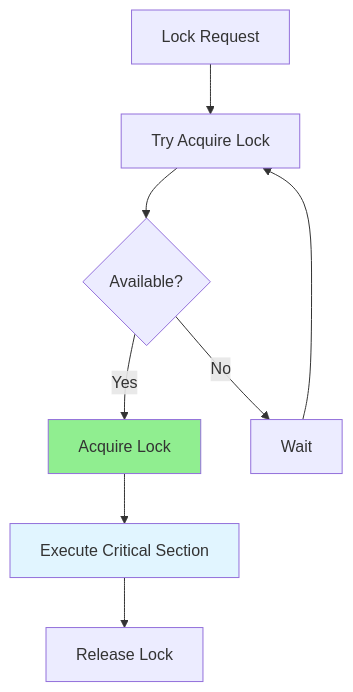
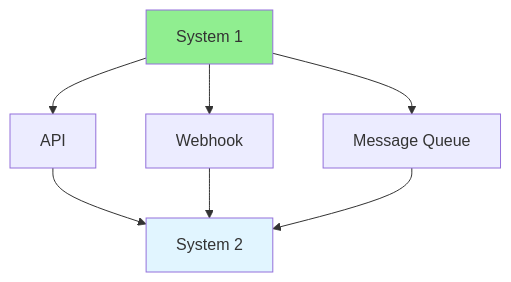
One commit to iouthnamain/tech-note changed the diagram in Full-Stack-Guides/Group-09-Complex-Functions/09.16_System_Integration.md. Above: the diagram before and after it, drawn with Mermaid. The commit also changed other lines of this file and 480 other files, not shown here.

````diff
--- a/Full-Stack-Guides/Group-09-Complex-Functions/09.16_System_Integration.md
+++ b/Full-Stack-Guides/Group-09-Complex-Functions/09.16_System_Integration.md
@@ -22,13 +22,13 @@
 ```mermaid
-flowchart TD
-    Request[Lock Request] --> Try[Try Acquire Lock]
-    Try --> Available{Available?}
-    Available -->|Yes| Acquire[Acquire Lock]
-    Available -->|No| Wait[Wait]
-    Acquire --> Execute[Execute Critical Section]
-    Execute --> Release[Release Lock]
-    Wait --> Try
+graph TD
+    System1[System 1] --> API[API]
+    System1 --> Webhook[Webhook]
+    System1 --> Queue[Message Queue]
     
-    style Acquire fill:#90EE90
-    style Execute fill:#e1f5ff
+    API --> System2[System 2]
+    Webhook --> System2
+    Queue --> System2
+    
+    style System1 fill:#90EE90
+    style System2 fill:#e1f5ff
 ```
````
